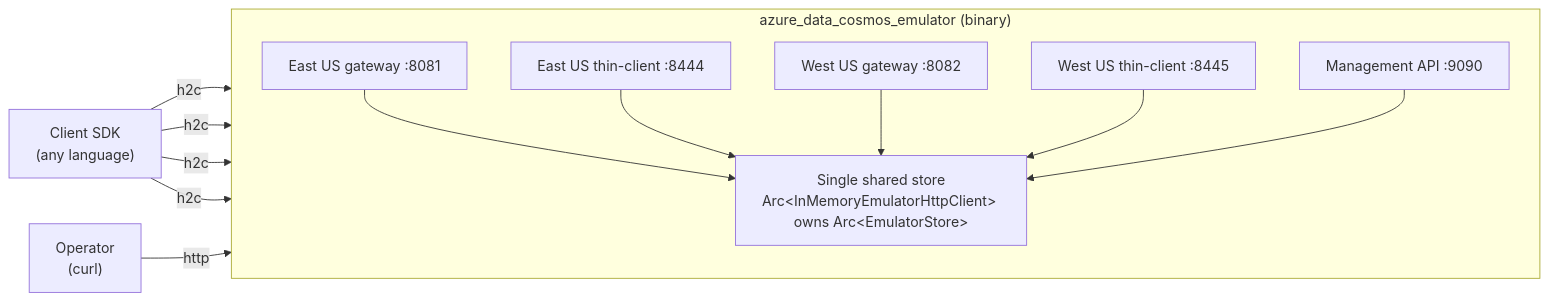
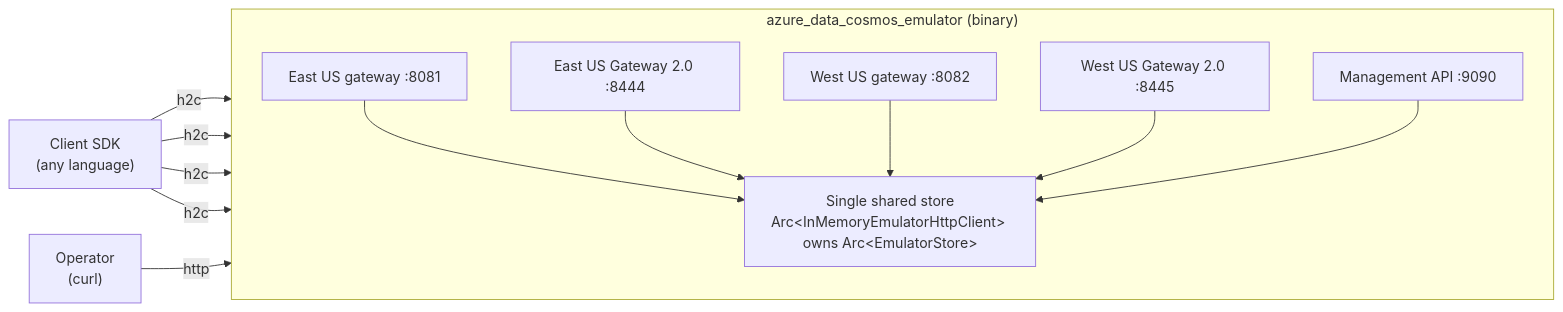
The diagram in sdk/cosmos/azure_data_cosmos_emulator/docs/plan.md (Azure/azure-sdk-for-rust), drawn with Mermaid before and after one commit. The commit also changed other lines of this file, not shown here.

Commit message:
Normalize Gateway 2.0 plan naming

````diff
--- a/sdk/cosmos/azure_data_cosmos_emulator/docs/plan.md
+++ b/sdk/cosmos/azure_data_cosmos_emulator/docs/plan.md
@@ -81,26 +81,26 @@
 ```mermaid
 flowchart LR
     SDK["Client SDK<br/>(any language)"]
     OP["Operator<br/>(curl)"]
 
     subgraph HOST["azure_data_cosmos_emulator (binary)"]
         direction TB
         EG["East US gateway :8081"]
-        ET["East US thin-client :8444"]
+        ET["East US Gateway 2.0 :8444"]
         WG["West US gateway :8082"]
-        WT["West US thin-client :8445"]
+        WT["West US Gateway 2.0 :8445"]
         MGMT["Management API :9090"]
         STORE["Single shared store<br/>Arc&lt;InMemoryEmulatorHttpClient&gt; owns Arc&lt;EmulatorStore&gt;"]
         EG --> STORE
         ET --> STORE
         WG --> STORE
         WT --> STORE
         MGMT --> STORE
     end
 
     SDK -- h2c --> EG
     SDK -- h2c --> ET
     SDK -- h2c --> WG
     SDK -- h2c --> WT
     OP -- http --> MGMT
 ```
````
